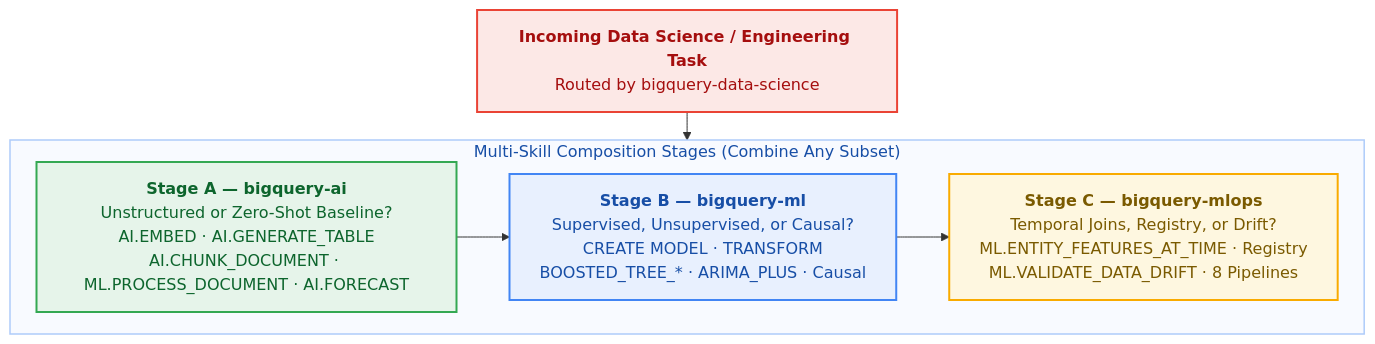
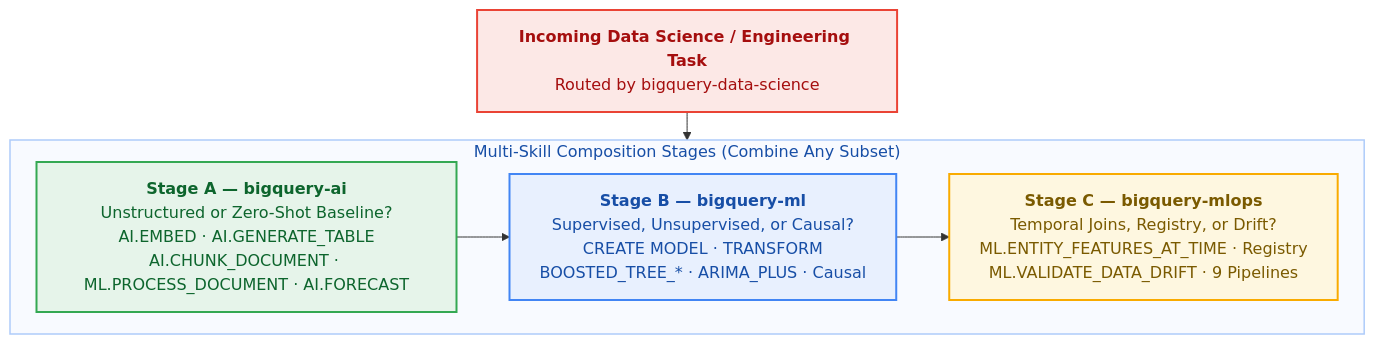
The diagram in skills/bigquery-data-science/reference/cross-skill-playbooks.md (statmike/bigquery-data-science), drawn with Mermaid before and after one commit. The commit also changed other lines of this file and 17 other files, not shown here.

Commit message:
feat(bigquery-ml): add 9th pipeline bigquery_pipelines with unit tests, notebook tasks, and dataform cross-reference (P8.1)

````diff
--- a/skills/bigquery-data-science/reference/cross-skill-playbooks.md
+++ b/skills/bigquery-data-science/reference/cross-skill-playbooks.md
@@ -11,25 +11,25 @@
 ```mermaid
 %%{init: {'flowchart': {'wrappingWidth': 360, 'nodeSpacing': 24, 'rankSpacing': 28}}}%%
 flowchart TD
     TASK["<b>Incoming Data Science / Engineering Task</b><br/>Routed by bigquery-data-science"]
     subgraph COMPOSE["Multi-Skill Composition Stages (Combine Any Subset)"]
         direction LR
         Q_UNSTRUCT["<b>Stage A — bigquery-ai</b><br/>Unstructured or Zero-Shot Baseline?<br/>AI.EMBED · AI.GENERATE_TABLE<br/>AI.CHUNK_DOCUMENT · ML.PROCESS_DOCUMENT · AI.FORECAST"]
         Q_TRAIN["<b>Stage B — bigquery-ml</b><br/>Supervised, Unsupervised, or Causal?<br/>CREATE MODEL · TRANSFORM<br/>BOOSTED_TREE_* · ARIMA_PLUS · Causal"]
-        Q_OPS["<b>Stage C — bigquery-mlops</b><br/>Temporal Joins, Registry, or Drift?<br/>ML.ENTITY_FEATURES_AT_TIME · Registry<br/>ML.VALIDATE_DATA_DRIFT · 8 Pipelines"]
+        Q_OPS["<b>Stage C — bigquery-mlops</b><br/>Temporal Joins, Registry, or Drift?<br/>ML.ENTITY_FEATURES_AT_TIME · Registry<br/>ML.VALIDATE_DATA_DRIFT · 9 Pipelines"]
         Q_UNSTRUCT --> Q_TRAIN --> Q_OPS
     end
 
     TASK --> COMPOSE
 
     style COMPOSE fill:#F8FAFF,stroke:#AECBFA,stroke-width:1.5px,color:#174EA6
 
     classDef route fill:#FCE8E6,stroke:#EA4335,stroke-width:2px,color:#A50E0E
     classDef data fill:#E8F0FE,stroke:#4285F4,stroke-width:2px,color:#174EA6
     classDef config fill:#FEF7E0,stroke:#F9AB00,stroke-width:2px,color:#7A5A00
     classDef compute fill:#E6F4EA,stroke:#34A853,stroke-width:2px,color:#0D652D
     class TASK route
     class Q_UNSTRUCT compute
     class Q_TRAIN data
     class Q_OPS config
 ```
````
